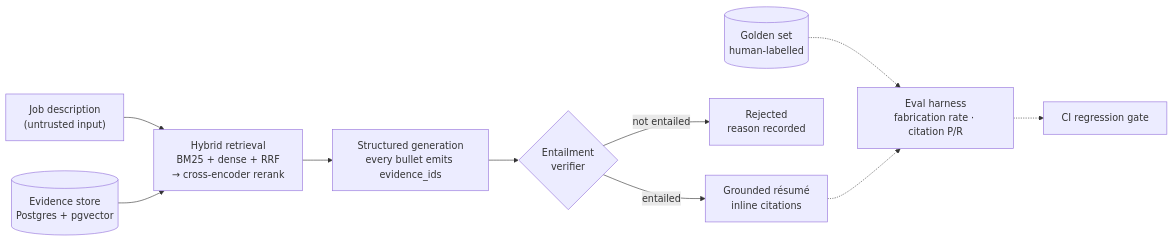
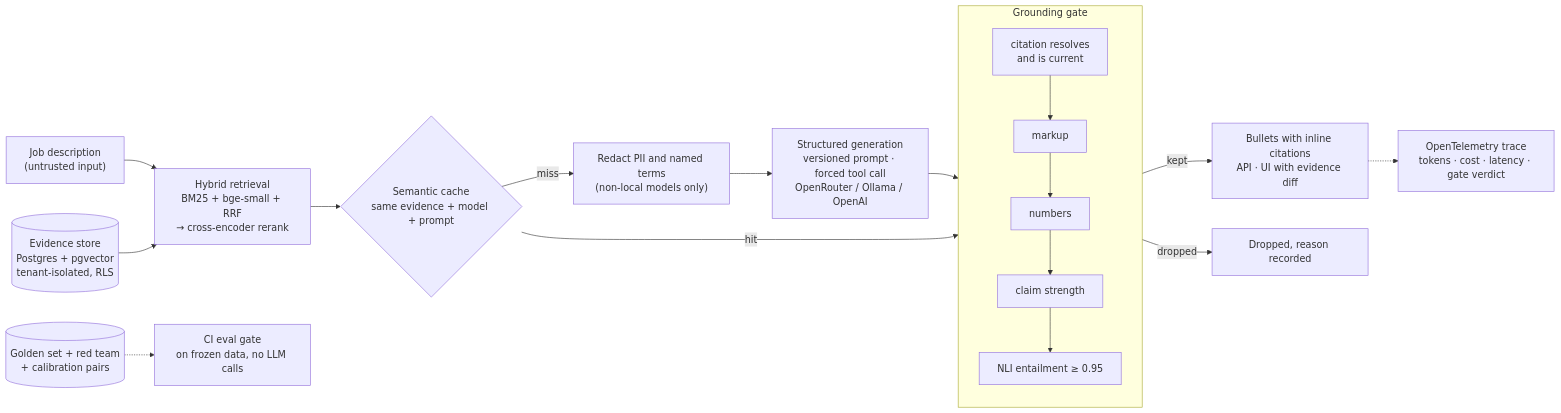
Before and after one commit to Pranay777777/evidence-grounded-resume-engine: the diagram in README.md, drawn with Mermaid. The commit also changed other lines of this file and 19 other files, not shown here.

Commit message:
feat: public read-only demo, labelling helper, release finaliser, architecture and results in README (ADR-020)

````diff
--- a/README.md
+++ b/README.md
@@ -41,12 +41,18 @@
 ```mermaid
 flowchart LR
     JD["Job description<br/>(untrusted input)"] --> RET
-    EV[("Evidence store<br/>Postgres + pgvector")] --> RET["Hybrid retrieval<br/>BM25 + dense + RRF<br/>→ cross-encoder rerank"]
-    RET --> GEN["Structured generation<br/>every bullet emits evidence_ids"]
-    GEN --> VER{"Entailment<br/>verifier"}
-    VER -- entailed --> OUT["Grounded résumé<br/>inline citations"]
-    VER -- not entailed --> REJ["Rejected<br/>reason recorded"]
-    GOLD[("Golden set<br/>human-labelled")] -.-> EVAL["Eval harness<br/>fabrication rate · citation P/R"]
-    OUT -.-> EVAL
-    EVAL -.-> CI["CI regression gate"]
+    EV[("Evidence store<br/>Postgres + pgvector<br/>tenant-isolated, RLS")] --> RET["Hybrid retrieval<br/>BM25 + bge-small + RRF<br/>→ cross-encoder rerank"]
+    RET --> CACHE{"Semantic cache<br/>same evidence + model + prompt"}
+    CACHE -- miss --> RED["Redact PII and named terms<br/>(non-local models only)"]
+    RED --> GEN["Structured generation<br/>versioned prompt · forced tool call<br/>OpenRouter / Ollama / OpenAI"]
+    GEN --> GATE
+    CACHE -- hit --> GATE
+    subgraph GATE["Grounding gate"]
+      direction TB
+      C1["citation resolves<br/>and is current"] --> C2["markup"] --> C3["numbers"] --> C4["claim strength"] --> C5["NLI entailment ≥ 0.95"]
+    end
+    GATE -- kept --> OUT["Bullets with inline citations<br/>API · UI with evidence diff"]
+    GATE -- dropped --> REJ["Dropped, reason recorded"]
+    OUT -.-> OTEL["OpenTelemetry trace<br/>tokens · cost · latency · gate verdict"]
+    GOLD[("Golden set + red team<br/>+ calibration pairs")] -.-> CI["CI eval gate<br/>on frozen data, no LLM calls"]
 ```
````
